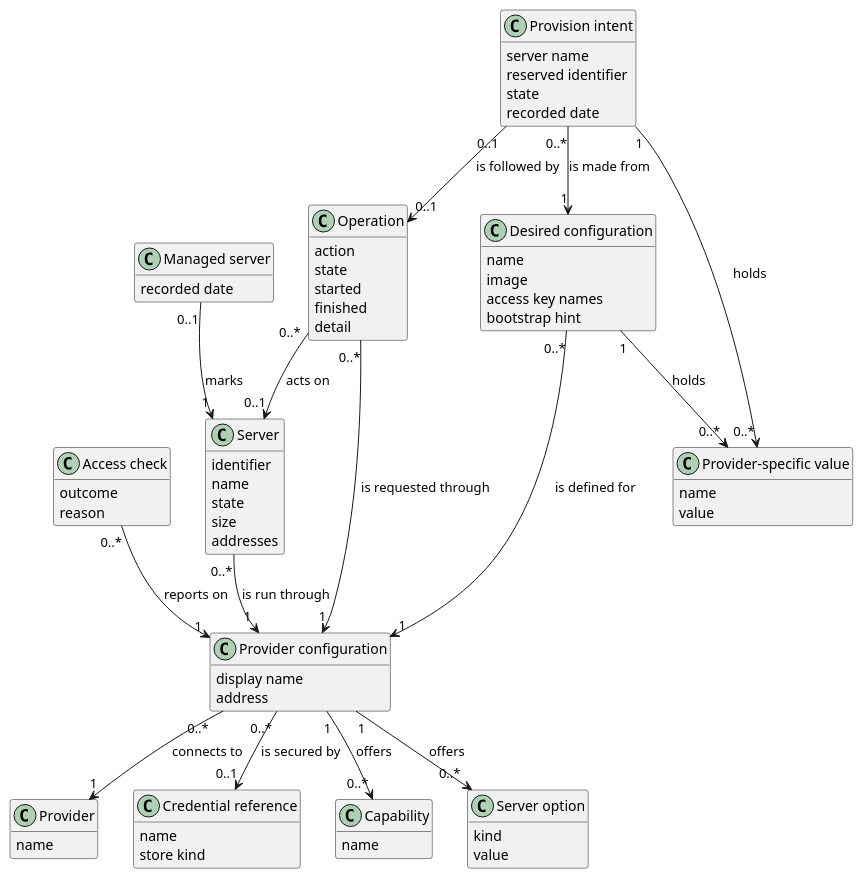
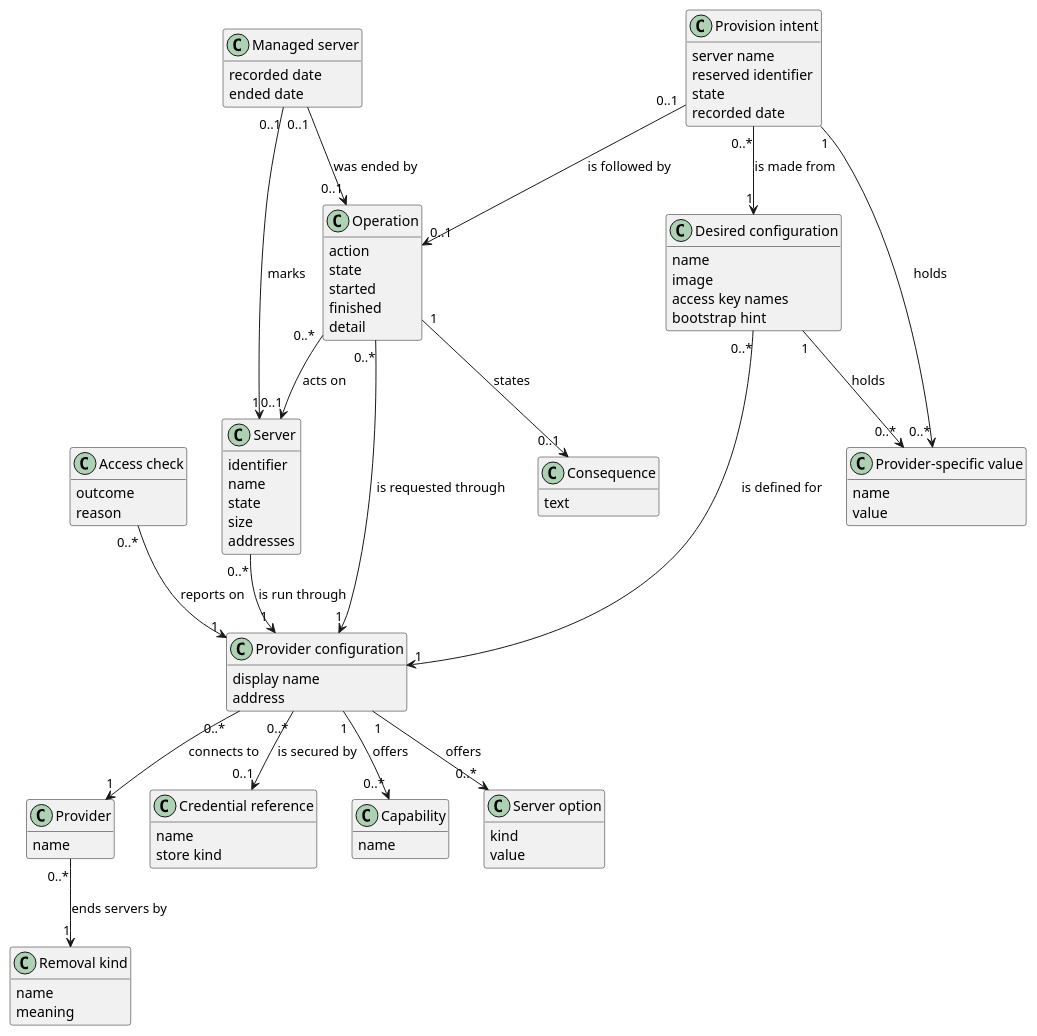
One commit to TirSystem/iac-node-forge changed the diagram in docs/domain-model.md. Above: the diagram before and after it, drawn with PlantUML. The commit also changed other lines of this file and 15 other files, not shown here.

````diff
--- a/docs/domain-model.md
+++ b/docs/domain-model.md
@@ -61,6 +62,7 @@
 }
 class "Managed server" as MS {
   recorded date
+  ended date
 }
 class Operation {
   action
@@ -78,6 +80,13 @@
 class "Provider-specific value" as PV {
   name
   value
+}
+class "Removal kind" as RK {
+  name
+  meaning
+}
+class Consequence {
+  text
 }
 class "Provision intent" as PI {
   server name
@@ -100,5 +109,8 @@
 PI "0..*" --> "1" DC : is made from
 PI "1" --> "0..*" PV : holds
 PI "0..1" --> "0..1" Operation : is followed by
+Provider "0..*" --> "1" RK : ends servers by
+Operation "1" --> "0..1" Consequence : states
+MS "0..1" --> "0..1" Operation : was ended by
 @enduml
 ```
````
